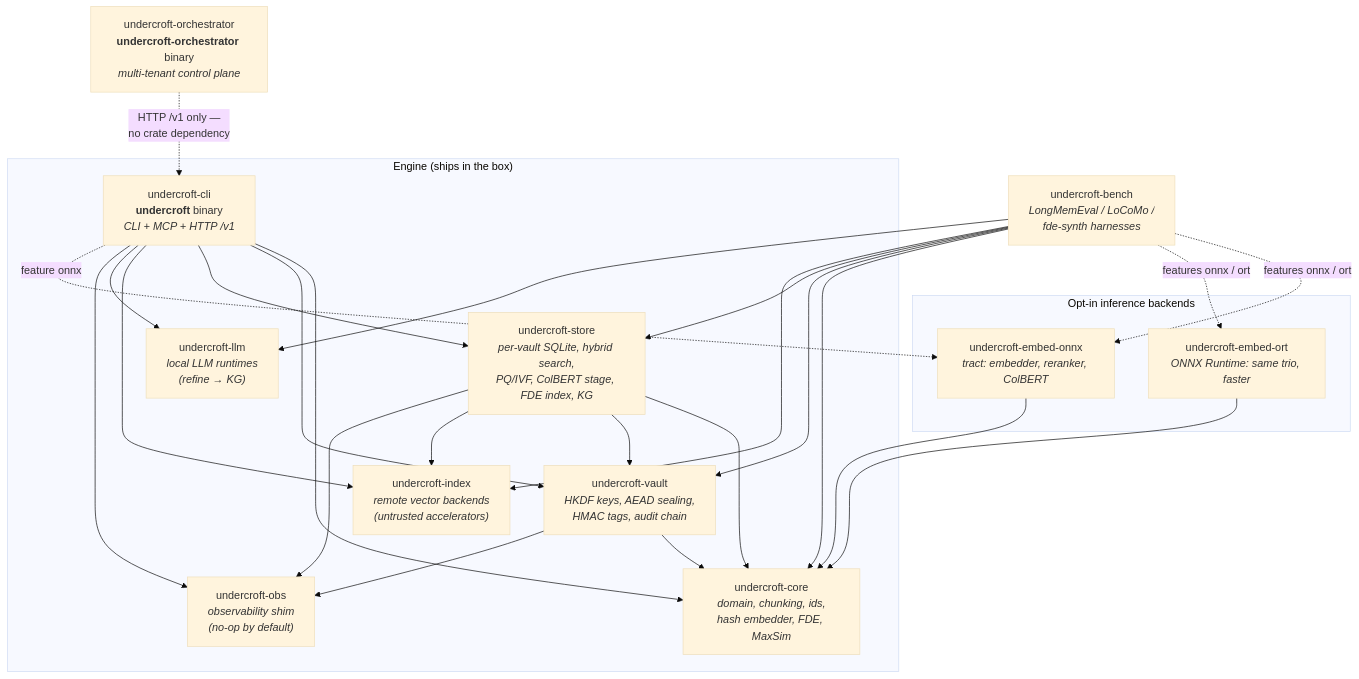
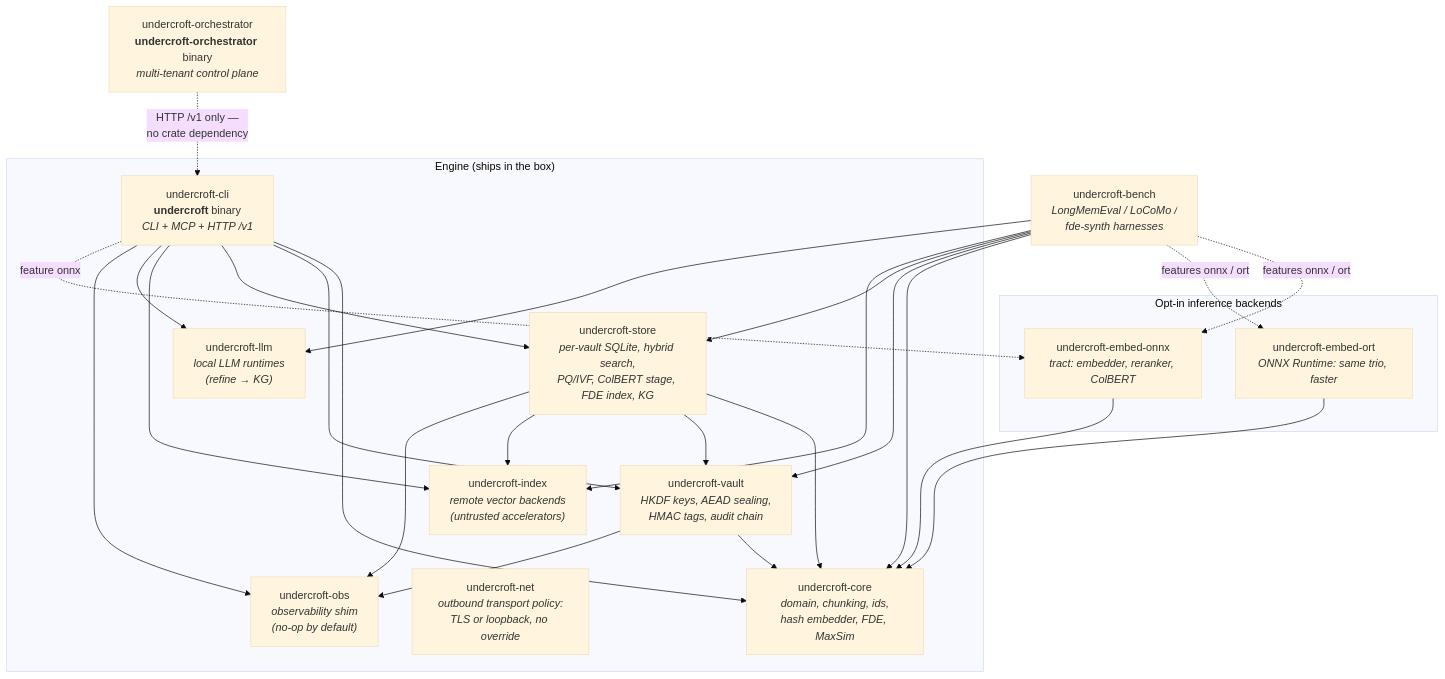
One commit to sealcroft/undercroft changed the first of 4 diagrams in docs/architecture.md. Above: the diagram before and after it, drawn with Mermaid (base theme). The commit also changed other lines of this file and 7 other files, not shown here.

````diff
--- a/docs/architecture.md
+++ b/docs/architecture.md
@@ -23,42 +23,43 @@
 ```mermaid
 flowchart TB
     subgraph engine["Engine (ships in the box)"]
         core["undercroft-core<br/><i>domain, chunking, ids,<br/>hash embedder, FDE, MaxSim</i>"]
         vault["undercroft-vault<br/><i>HKDF keys, AEAD sealing,<br/>HMAC tags, audit chain</i>"]
         store["undercroft-store<br/><i>per-vault SQLite, hybrid search,<br/>PQ/IVF, ColBERT stage, FDE index, KG</i>"]
         index["undercroft-index<br/><i>remote vector backends<br/>(untrusted accelerators)</i>"]
         llm["undercroft-llm<br/><i>local LLM runtimes<br/>(refine → KG)</i>"]
+        net["undercroft-net<br/><i>outbound transport policy:<br/>TLS or loopback, no override</i>"]
         obs["undercroft-obs<br/><i>observability shim<br/>(no-op by default)</i>"]
         cli["undercroft-cli<br/><b>undercroft</b> binary<br/><i>CLI + MCP + HTTP /v1</i>"]
     end
     subgraph optional["Opt-in inference backends"]
         onnx["undercroft-embed-onnx<br/><i>tract: embedder, reranker, ColBERT</i>"]
         ort["undercroft-embed-ort<br/><i>ONNX Runtime: same trio, faster</i>"]
     end
     bench["undercroft-bench<br/><i>LongMemEval / LoCoMo /<br/>fde-synth harnesses</i>"]
     orch["undercroft-orchestrator<br/><b>undercroft-orchestrator</b> binary<br/><i>multi-tenant control plane</i>"]
 
     vault --> core
     vault --> obs
     store --> core
     store --> vault
     store --> index
     store --> obs
     cli --> core
     cli --> vault
     cli --> store
     cli --> index
     cli --> llm
     cli --> obs
     cli -. "feature onnx" .-> onnx
     onnx --> core
     ort --> core
     bench --> core
     bench --> vault
     bench --> store
     bench --> index
     bench --> llm
     bench -. "features onnx / ort" .-> onnx
     bench -. "features onnx / ort" .-> ort
     orch -. "HTTP /v1 only —<br/>no crate dependency" .-> cli
 ```
````
